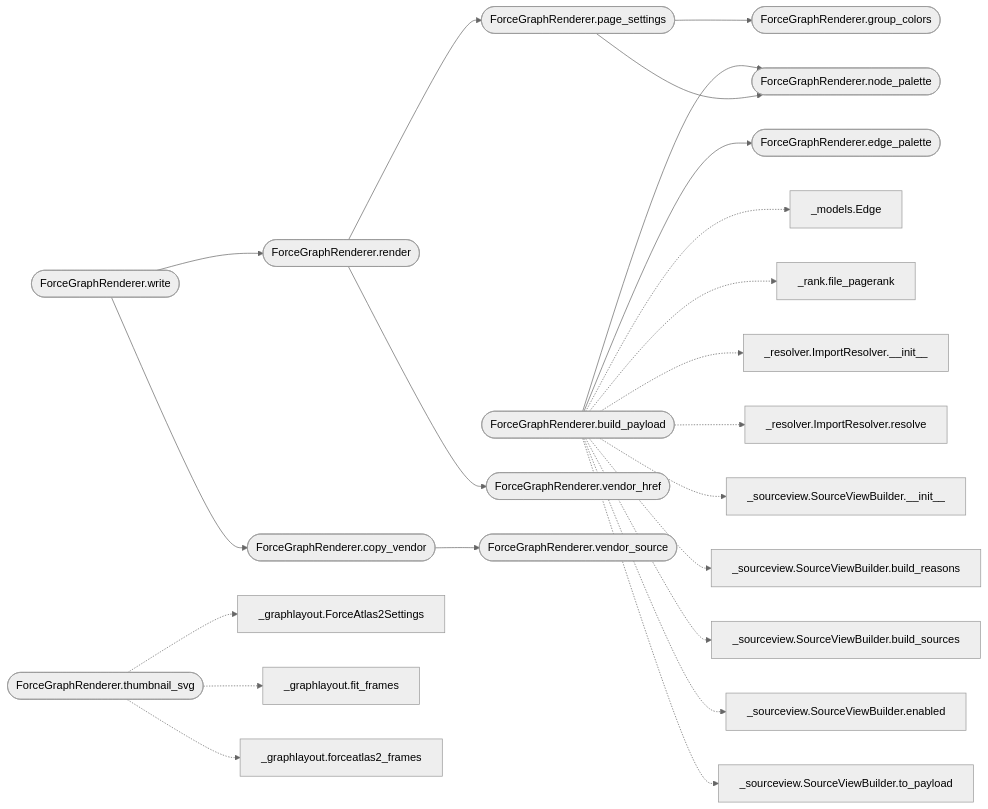
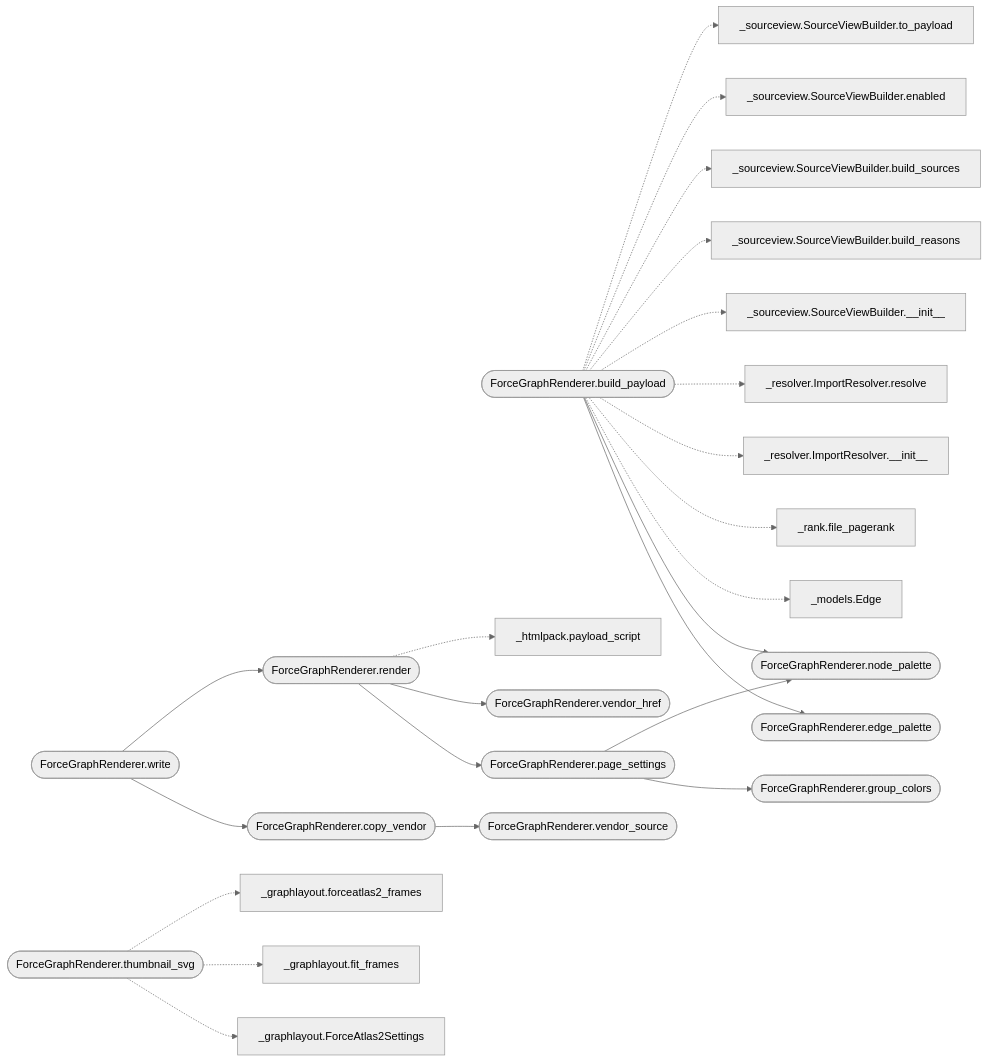
The diagram in readmenator-apidocs/modules/readmenator._forcegraph.py.md (grisuno/ReadMenator), drawn with Mermaid (neutral theme) before and after one commit. The commit also changed other lines of this file and 304 other files, not shown here.

````diff
--- a/readmenator-apidocs/modules/readmenator._forcegraph.py.md
+++ b/readmenator-apidocs/modules/readmenator._forcegraph.py.md
@@ -25,47 +25,49 @@
 ```mermaid
 flowchart LR
     n_readmenator__forcegraph_py__ForceGraphRenderer_build_payload(["ForceGraphRenderer.build_payload"])
     n_readmenator__forcegraph_py__ForceGraphRenderer_edge_palette(["ForceGraphRenderer.edge_palette"])
     n_readmenator__forcegraph_py__ForceGraphRenderer_node_palette(["ForceGraphRenderer.node_palette"])
     n_readmenator__forcegraph_py__ForceGraphRenderer_render(["ForceGraphRenderer.render"])
     n_readmenator__forcegraph_py__ForceGraphRenderer_page_settings(["ForceGraphRenderer.page_settings"])
     n_readmenator__forcegraph_py__ForceGraphRenderer_vendor_href(["ForceGraphRenderer.vendor_href"])
     n_readmenator__forcegraph_py__ForceGraphRenderer_group_colors(["ForceGraphRenderer.group_colors"])
     n_readmenator__forcegraph_py__ForceGraphRenderer_write(["ForceGraphRenderer.write"])
     n_readmenator__forcegraph_py__ForceGraphRenderer_copy_vendor(["ForceGraphRenderer.copy_vendor"])
     n_readmenator__forcegraph_py__ForceGraphRenderer_vendor_source(["ForceGraphRenderer.vendor_source"])
     n_readmenator__models_py__Edge["_models.Edge"]
     n_readmenator__rank_py__file_pagerank["_rank.file_pagerank"]
     n_readmenator__resolver_py__ImportResolver___init__["_resolver.ImportResolver.__init__"]
     n_readmenator__resolver_py__ImportResolver_resolve["_resolver.ImportResolver.resolve"]
     n_readmenator__sourceview_py__SourceViewBuilder___init__["_sourceview.SourceViewBuilder.__init__"]
     n_readmenator__sourceview_py__SourceViewBuilder_build_reasons["_sourceview.SourceViewBuilder.build_reasons"]
     n_readmenator__sourceview_py__SourceViewBuilder_build_sources["_sourceview.SourceViewBuilder.build_sources"]
     n_readmenator__sourceview_py__SourceViewBuilder_enabled["_sourceview.SourceViewBuilder.enabled"]
     n_readmenator__sourceview_py__SourceViewBuilder_to_payload["_sourceview.SourceViewBuilder.to_payload"]
+    n_readmenator__htmlpack_py__payload_script["_htmlpack.payload_script"]
     n_readmenator__forcegraph_py__ForceGraphRenderer_thumbnail_svg(["ForceGraphRenderer.thumbnail_svg"])
     n_readmenator__graphlayout_py__ForceAtlas2Settings["_graphlayout.ForceAtlas2Settings"]
     n_readmenator__graphlayout_py__fit_frames["_graphlayout.fit_frames"]
     n_readmenator__graphlayout_py__forceatlas2_frames["_graphlayout.forceatlas2_frames"]
     n_readmenator__forcegraph_py__ForceGraphRenderer_build_payload --> n_readmenator__forcegraph_py__ForceGraphRenderer_edge_palette
     n_readmenator__forcegraph_py__ForceGraphRenderer_build_payload --> n_readmenator__forcegraph_py__ForceGraphRenderer_node_palette
     n_readmenator__forcegraph_py__ForceGraphRenderer_render --> n_readmenator__forcegraph_py__ForceGraphRenderer_page_settings
     n_readmenator__forcegraph_py__ForceGraphRenderer_render --> n_readmenator__forcegraph_py__ForceGraphRenderer_vendor_href
     n_readmenator__forcegraph_py__ForceGraphRenderer_page_settings --> n_readmenator__forcegraph_py__ForceGraphRenderer_group_colors
     n_readmenator__forcegraph_py__ForceGraphRenderer_page_settings --> n_readmenator__forcegraph_py__ForceGraphRenderer_node_palette
     n_readmenator__forcegraph_py__ForceGraphRenderer_write --> n_readmenator__forcegraph_py__ForceGraphRenderer_copy_vendor
     n_readmenator__forcegraph_py__ForceGraphRenderer_write --> n_readmenator__forcegraph_py__ForceGraphRenderer_render
     n_readmenator__forcegraph_py__ForceGraphRenderer_copy_vendor --> n_readmenator__forcegraph_py__ForceGraphRenderer_vendor_source
     n_readmenator__forcegraph_py__ForceGraphRenderer_build_payload -.-> n_readmenator__models_py__Edge
     n_readmenator__forcegraph_py__ForceGraphRenderer_build_payload -.-> n_readmenator__rank_py__file_pagerank
     n_readmenator__forcegraph_py__ForceGraphRenderer_build_payload -.-> n_readmenator__resolver_py__ImportResolver___init__
     n_readmenator__forcegraph_py__ForceGraphRenderer_build_payload -.-> n_readmenator__resolver_py__ImportResolver_resolve
     n_readmenator__forcegraph_py__ForceGraphRenderer_build_payload -.-> n_readmenator__sourceview_py__SourceViewBuilder___init__
     n_readmenator__forcegraph_py__ForceGraphRenderer_build_payload -.-> n_readmenator__sourceview_py__SourceViewBuilder_build_reasons
     n_readmenator__forcegraph_py__ForceGraphRenderer_build_payload -.-> n_readmenator__sourceview_py__SourceViewBuilder_build_sources
     n_readmenator__forcegraph_py__ForceGraphRenderer_build_payload -.-> n_readmenator__sourceview_py__SourceViewBuilder_enabled
     n_readmenator__forcegraph_py__ForceGraphRenderer_build_payload -.-> n_readmenator__sourceview_py__SourceViewBuilder_to_payload
+    n_readmenator__forcegraph_py__ForceGraphRenderer_render -.-> n_readmenator__htmlpack_py__payload_script
     n_readmenator__forcegraph_py__ForceGraphRenderer_thumbnail_svg -.-> n_readmenator__graphlayout_py__ForceAtlas2Settings
     n_readmenator__forcegraph_py__ForceGraphRenderer_thumbnail_svg -.-> n_readmenator__graphlayout_py__fit_frames
     n_readmenator__forcegraph_py__ForceGraphRenderer_thumbnail_svg -.-> n_readmenator__graphlayout_py__forceatlas2_frames
 ```
````
